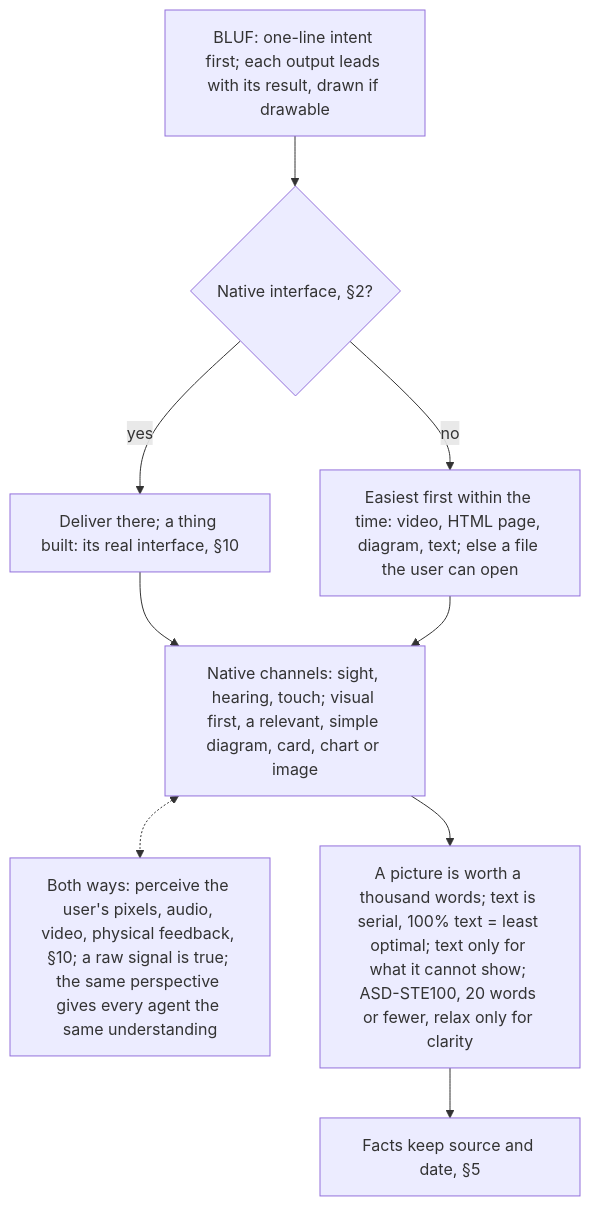
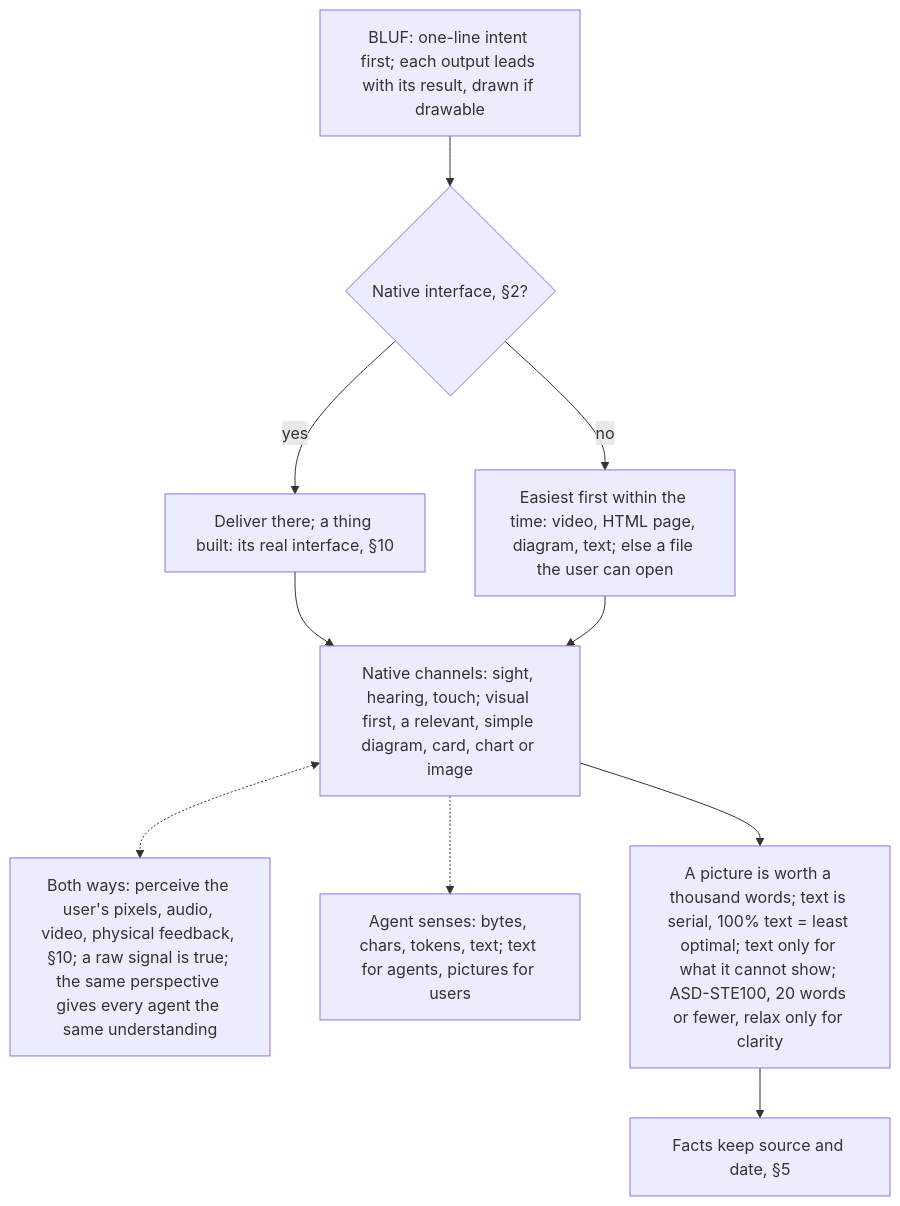
Before and after one commit to SolenixAI/arbiter: diagram 12 of 14 in AGENTS.md, drawn with Mermaid. The commit also changed other lines of this file, not shown here.

Commit message:
docs(agents): section 11: an agent's native senses are bytes, chars, tokens and text

````diff
--- a/AGENTS.md
+++ b/AGENTS.md
@@ -491,11 +493,12 @@
 ```mermaid
 flowchart TD
   IL["BLUF: one-line intent first; each output leads with its result, drawn if drawable"] --> N{Native interface, §2?}
   N -->|yes| V["Deliver there; a thing built: its real interface, §10"]
   N -->|no| F["Easiest first within the time: video, HTML page, diagram, text; else a file the user can open"]
   V --> VF["Native channels: sight, hearing, touch; visual first, a relevant, simple diagram, card, chart or image"]
   VF <-.-> BW["Both ways: perceive the user's pixels, audio, video, physical feedback, §10; a raw signal is true; the same perspective gives every agent the same understanding"]
+  VF -.-> AS["Agent senses: bytes, chars, tokens, text; text for agents, pictures for users"]
   F --> VF
   VF --> T["A picture is worth a thousand words; text is serial, 100% text = least optimal; text only for what it cannot show; ASD-STE100, 20 words or fewer, relax only for clarity"]
   T --> E["Facts keep source and date, §5"]
 ```
````
